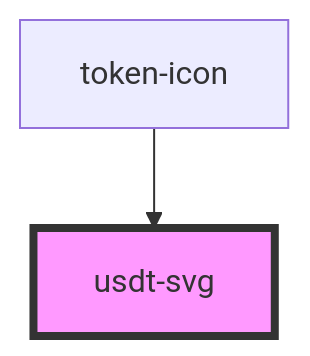
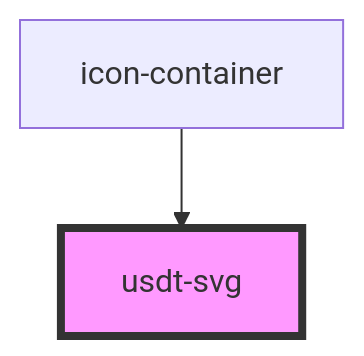
Before and after one commit to PactsTech/pacts-components: the diagram in packages/stencil-components/src/components/usdt-svg/readme.md, drawn with Mermaid. The commit also changed other lines of this file and 26 other files, not shown here.

Commit message:
feat: add icon container and row components

````diff
--- a/packages/stencil-components/src/components/usdt-svg/readme.md
+++ b/packages/stencil-components/src/components/usdt-svg/readme.md
@@ -15,5 +15,5 @@
 ```mermaid
 graph TD;
-  token-icon --> usdt-svg
+  icon-container --> usdt-svg
   style usdt-svg fill:#f9f,stroke:#333,stroke-width:4px
 ```
````
